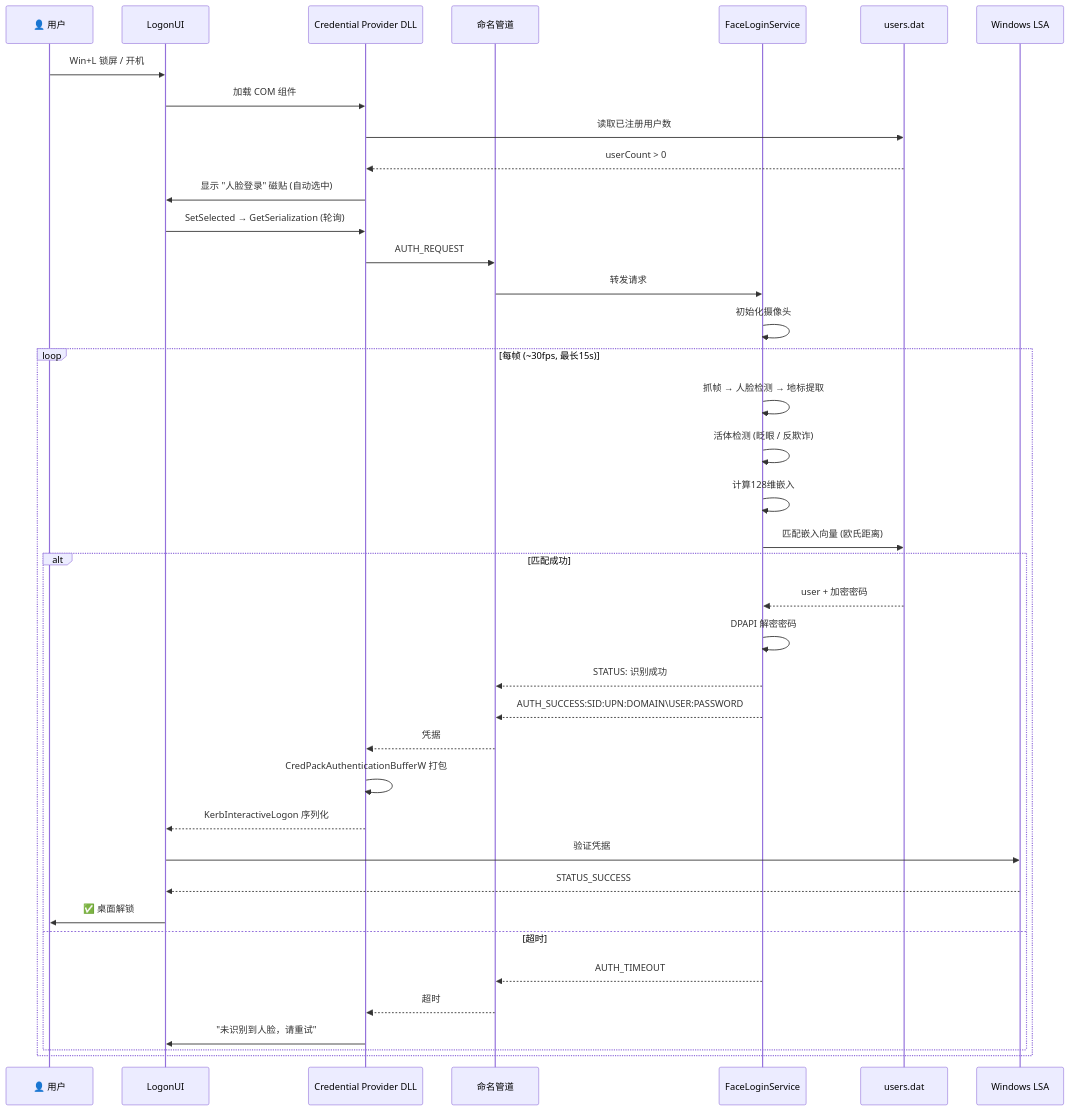
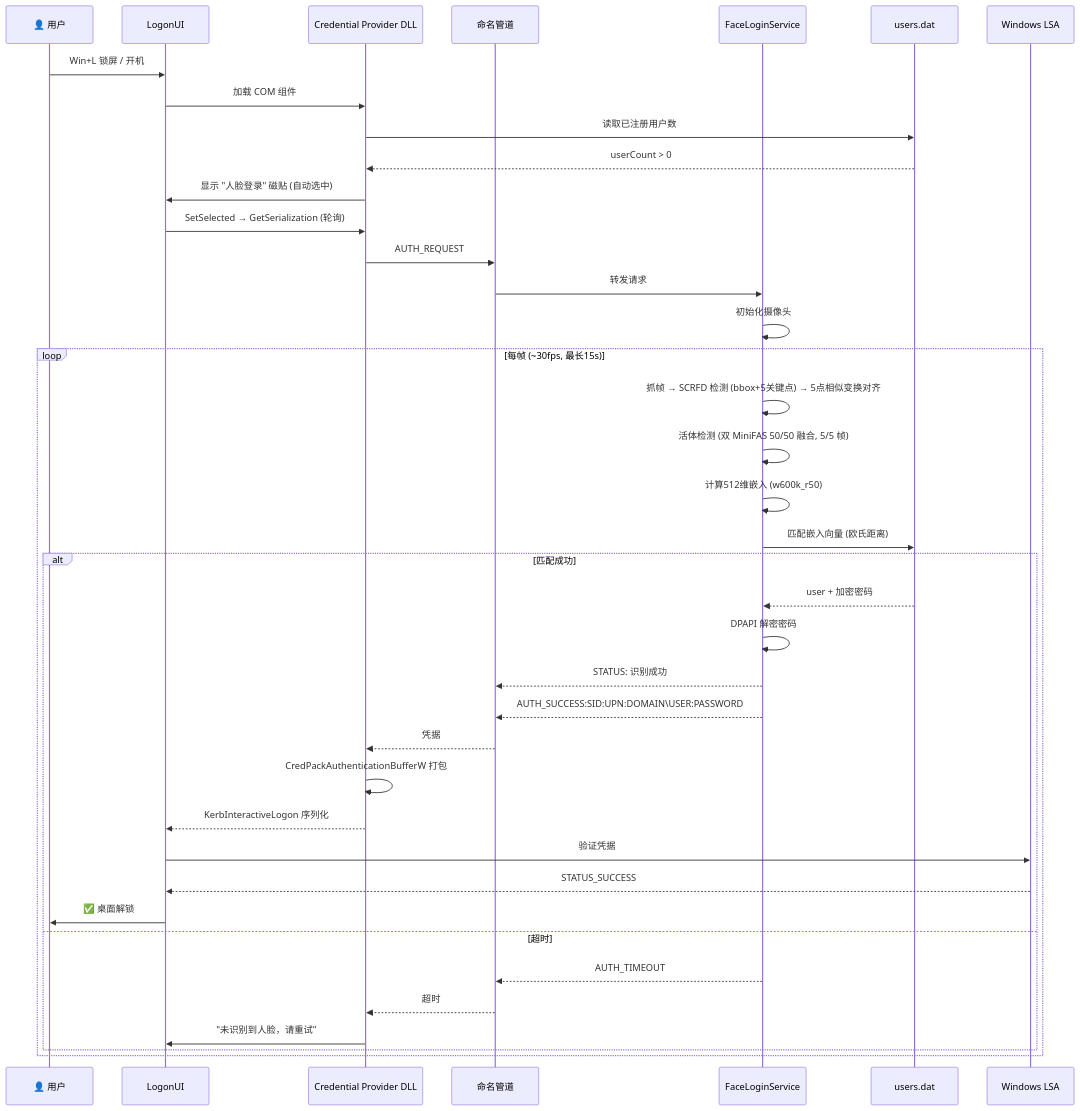
Before and after one commit to Link2323/LockFace: the second of 3 diagrams in DEVELOPMENT.md, drawn with Mermaid. The commit also changed other lines of this file and 3 other files, not shown here.

First line of the commit message:
文档: 同步 v1.5 双 MiniFAS/侧脸管线实现至各说明文档

````diff
--- a/DEVELOPMENT.md
+++ b/DEVELOPMENT.md
@@ -163,42 +163,42 @@
 ```mermaid
 sequenceDiagram
     participant User as 👤 用户
     participant LogonUI as LogonUI
     participant CP as Credential Provider DLL
     participant Pipe as 命名管道
     participant Svc as FaceLoginService
     participant DB as users.dat
     participant LSA as Windows LSA
 
     User->>LogonUI: Win+L 锁屏 / 开机
     LogonUI->>CP: 加载 COM 组件
     CP->>DB: 读取已注册用户数
     DB-->>CP: userCount > 0
     CP->>LogonUI: 显示 "人脸登录" 磁贴 (自动选中)
     LogonUI->>CP: SetSelected → GetSerialization (轮询)
     CP->>Pipe: AUTH_REQUEST
     Pipe->>Svc: 转发请求
     Svc->>Svc: 初始化摄像头
     loop 每帧 (~30fps, 最长15s)
-        Svc->>Svc: 抓帧 → 人脸检测 → 地标提取
-        Svc->>Svc: 活体检测 (眨眼 / 反欺诈)
-        Svc->>Svc: 计算128维嵌入
+        Svc->>Svc: 抓帧 → SCRFD 检测 (bbox+5关键点) → 5点相似变换对齐
+        Svc->>Svc: 活体检测 (双 MiniFAS 50/50 融合, 5/5 帧)
+        Svc->>Svc: 计算512维嵌入 (w600k_r50)
         Svc->>DB: 匹配嵌入向量 (欧氏距离)
         alt 匹配成功
             DB-->>Svc: user + 加密密码
             Svc->>Svc: DPAPI 解密密码
             Svc-->>Pipe: STATUS: 识别成功
             Svc-->>Pipe: AUTH_SUCCESS:SID:UPN:DOMAIN\USER:PASSWORD
             Pipe-->>CP: 凭据
             CP->>CP: CredPackAuthenticationBufferW 打包
             CP-->>LogonUI: KerbInteractiveLogon 序列化
             LogonUI->>LSA: 验证凭据
             LSA-->>LogonUI: STATUS_SUCCESS
             LogonUI->>User: ✅ 桌面解锁
         else 超时
             Svc-->>Pipe: AUTH_TIMEOUT
             Pipe-->>CP: 超时
             CP->>LogonUI: "未识别到人脸，请重试"
         end
     end
 ```
````
